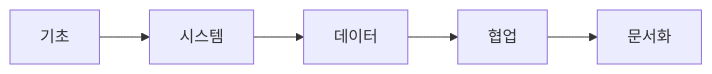
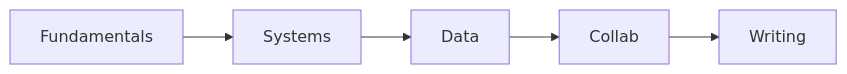
Before and after one commit to yeongseon-books/book-content: the diagram in content/computer-science-major-101/ko/10-skills-before-graduation.md, drawn with Mermaid. The commit also changed other lines of this file and 9 other files, not shown here.

````diff
--- a/content/computer-science-major-101/ko/10-skills-before-graduation.md
+++ b/content/computer-science-major-101/ko/10-skills-before-graduation.md
@@ -55,7 +50,7 @@
 ```mermaid
 flowchart LR
-    F[기초] --> S[시스템]
-    S --> D[데이터]
-    D --> C[협업]
-    C --> W[문서화]
+    F[Fundamentals] --> S[Systems]
+    S --> D[Data]
+    D --> C[Collab]
+    C --> W[Writing]
 ```
````
